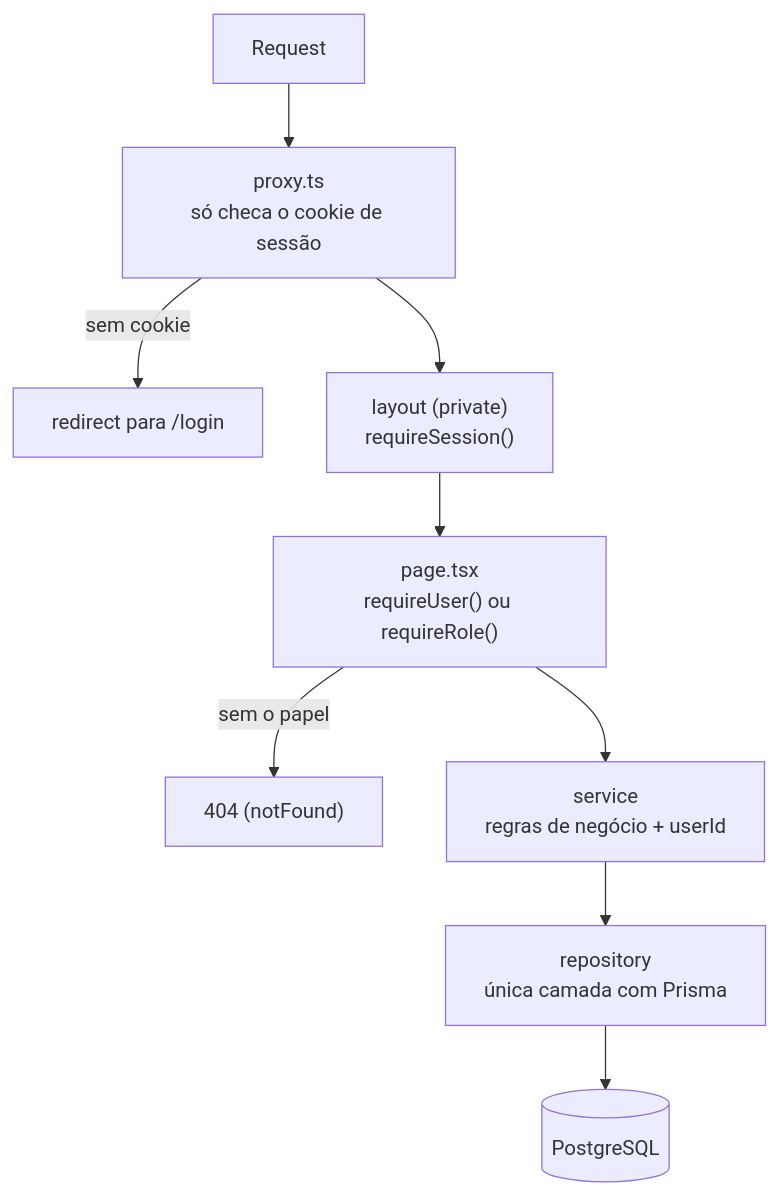
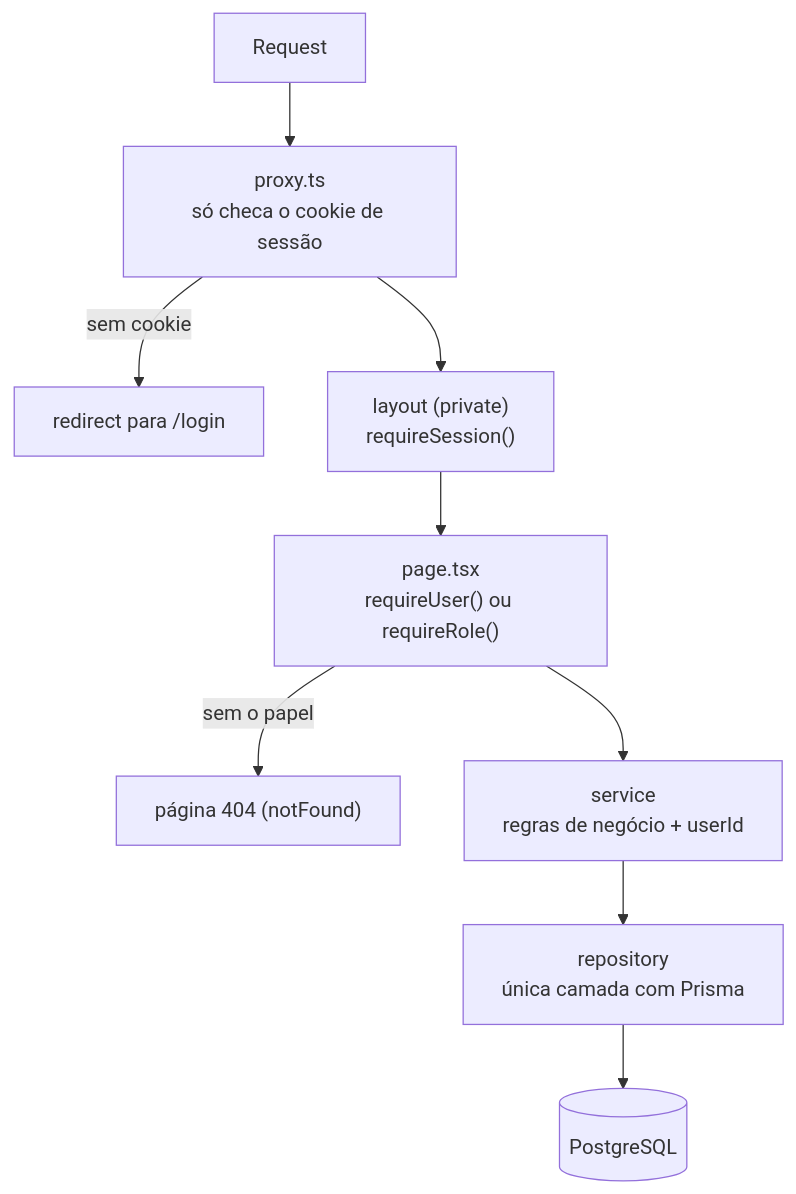
Before and after one commit to joseisaacpy/my-template-next-app: the first of 2 diagrams in docs/request-flow.md, drawn with Mermaid. The commit also changed 8 other files, not shown here.

````diff
--- a/docs/request-flow.md
+++ b/docs/request-flow.md
@@ -8,11 +8,11 @@
 ```mermaid
 flowchart TD
   R[Request] --> P["proxy.ts<br/>só checa o cookie de sessão"]
   P -->|sem cookie| LG["redirect para /login"]
   P --> LY["layout (private)<br/>requireSession()"]
   LY --> PG["page.tsx<br/>requireUser() ou requireRole()"]
-  PG -->|sem o papel| NF["404 (notFound)"]
+  PG -->|sem o papel| NF["página 404 (notFound)"]
   PG --> S["service<br/>regras de negócio + userId"]
   S --> RP["repository<br/>única camada com Prisma"]
   RP --> DB[("PostgreSQL")]
 ```
````
